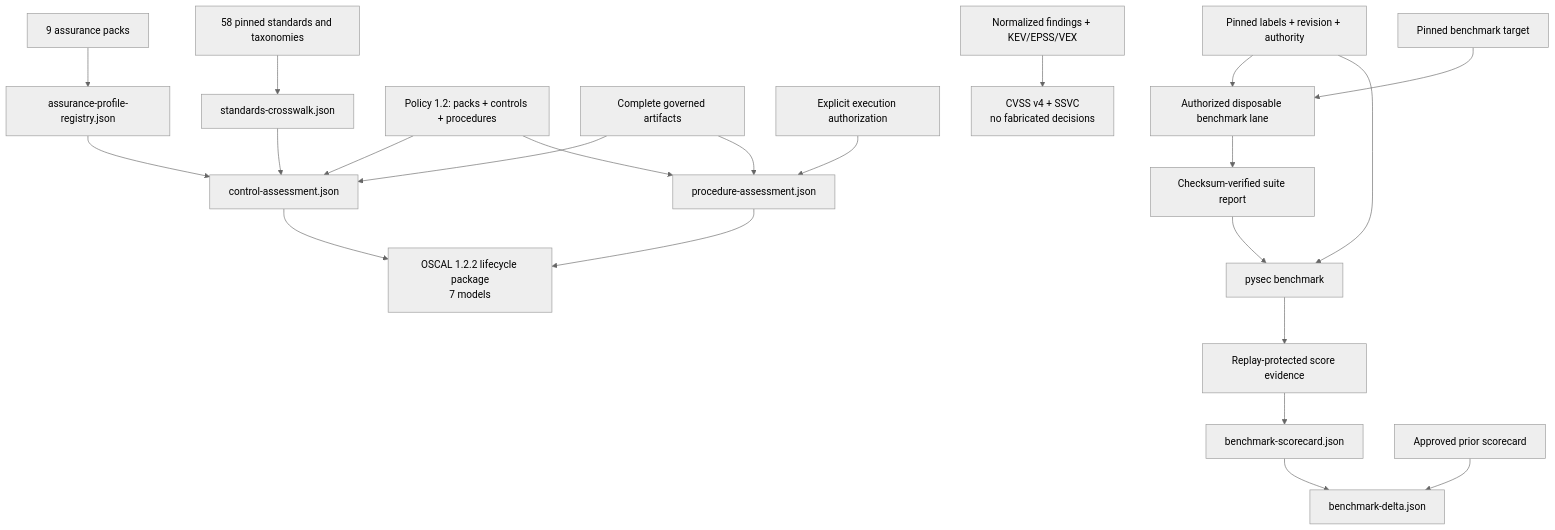
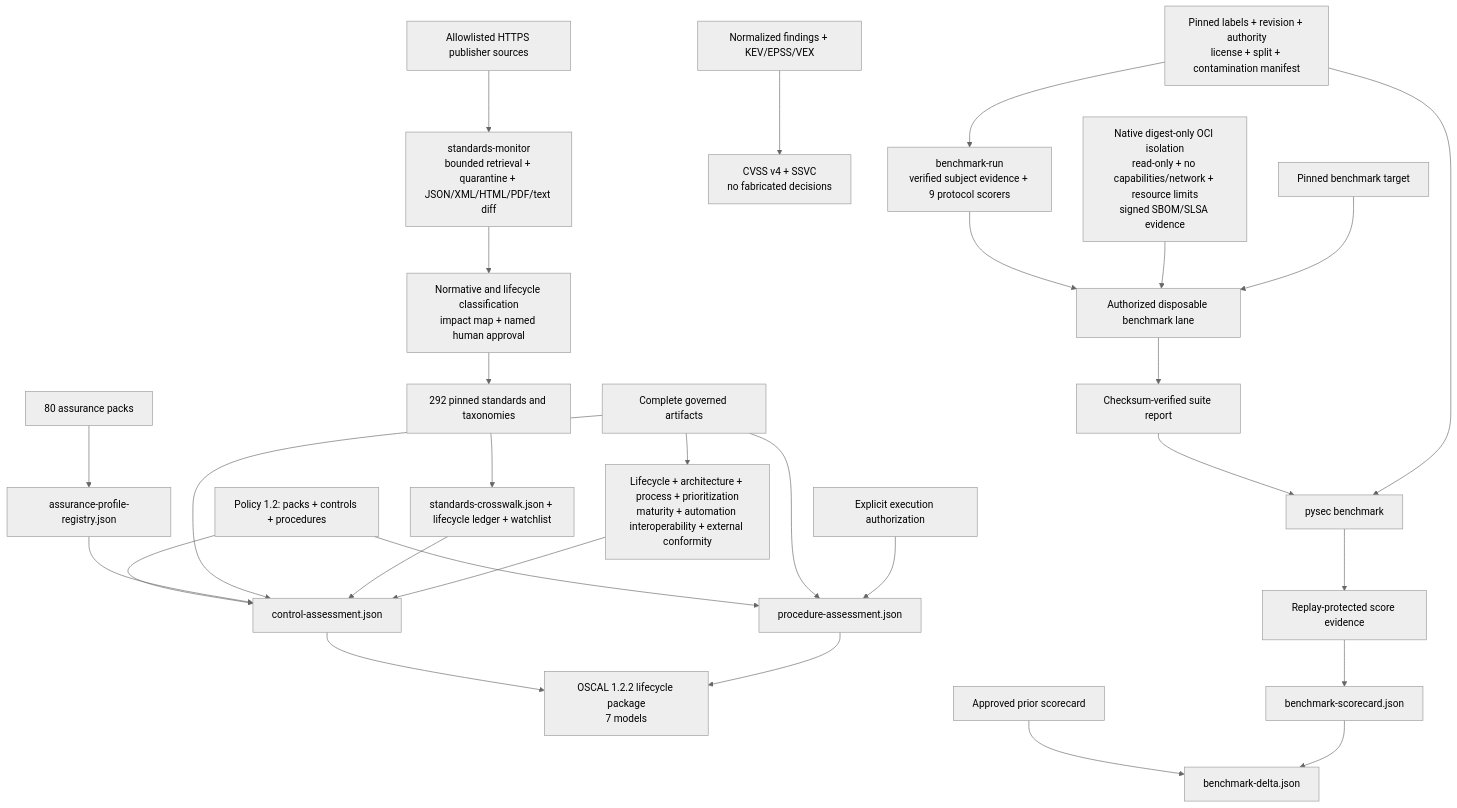
The diagram in docs/industry-standards-benchmarks.md (willtran87/project-py-security-suite), drawn with Mermaid (neutral theme) before and after one commit. The commit also changed other lines of this file and 43 other files, not shown here.

````diff
--- a/docs/industry-standards-benchmarks.md
+++ b/docs/industry-standards-benchmarks.md
@@ -149,25 +535,32 @@
 ```mermaid
 flowchart TB
-    Catalog["58 pinned standards and taxonomies"] --> Crosswalk["standards-crosswalk.json"]
-    Packs["9 assurance packs"] --> ProfileRegistry["assurance-profile-registry.json"]
+    Publisher["Allowlisted HTTPS publisher sources"] --> Monitor["standards-monitor<br/>bounded retrieval + quarantine + JSON/XML/HTML/PDF/text diff"]
+    Monitor --> Review["Normative and lifecycle classification<br/>impact map + named human approval"]
+    Review --> Catalog["292 pinned standards and taxonomies"]
+    Catalog --> Crosswalk["standards-crosswalk.json + lifecycle ledger + watchlist"]
+    Packs["80 assurance packs"] --> ProfileRegistry["assurance-profile-registry.json"]
     Policy["Policy 1.2: packs + controls + procedures"] --> Control["control-assessment.json"]
     ProfileRegistry --> Control
     Policy --> Procedure["procedure-assessment.json"]
     Evidence["Complete governed artifacts"] --> Control
     Evidence --> Procedure
     Authorization["Explicit execution authorization"] --> Procedure
     Crosswalk --> Control
+    Evidence --> Foundation["Lifecycle + architecture + process + prioritization<br/>maturity + automation interoperability + external conformity"]
+    Foundation --> Control
     Control --> OSCAL["OSCAL 1.2.2 lifecycle package<br/>7 models"]
     Procedure --> OSCAL
 
     Findings["Normalized findings + KEV/EPSS/VEX"] --> Priority["CVSS v4 + SSVC<br/>no fabricated decisions"]
-    Corpus["Pinned labels + revision + authority"] --> Lane["Authorized disposable benchmark lane"]
+    Corpus["Pinned labels + revision + authority<br/>license + split + contamination manifest"] --> Adapter["benchmark-run<br/>verified subject evidence + 9 protocol scorers"]
+    Adapter --> Lane["Authorized disposable benchmark lane"]
+    Qualification["Native digest-only OCI isolation<br/>read-only + no capabilities/network + resource limits<br/>signed SBOM/SLSA evidence"] --> Lane
     Target["Pinned benchmark target"] --> Lane
     Lane --> Report["Checksum-verified suite report"]
     Report --> Evaluate["pysec benchmark"]
     Corpus --> Evaluate
     Evaluate --> Score["Replay-protected score evidence"]
     Score --> Scorecard["benchmark-scorecard.json"]
     Baseline["Approved prior scorecard"] --> Delta["benchmark-delta.json"]
     Scorecard --> Delta
 ```
````
